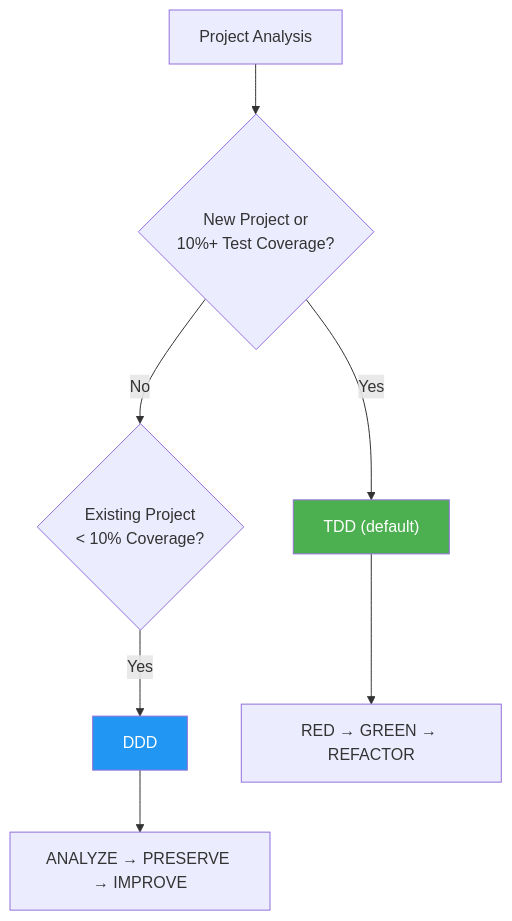
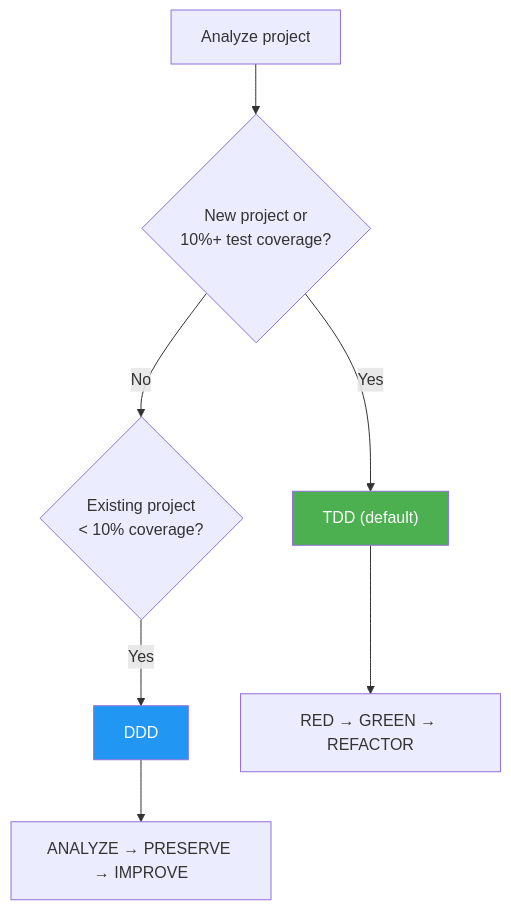
Before and after one commit to modu-ai/moai-adk: the diagram in docs-site/content/en/getting-started/faq.md, drawn with Mermaid. The commit also changed other lines of this file and 395 other files, not shown here.

````diff
--- a/docs-site/content/en/getting-started/faq.md
+++ b/docs-site/content/en/getting-started/faq.md
@@ -156,12 +176,12 @@
 ```mermaid
 flowchart TD
-    A["Project Analysis"] --> B{"New Project or<br/>10%+ Test Coverage?"}
+    A["Analyze project"] --> B{"New project or<br/>10%+ test coverage?"}
     B -->|"Yes"| C["TDD (default)"]
-    B -->|"No"| D{"Existing Project<br/>< 10% Coverage?"}
+    B -->|"No"| D{"Existing project<br/>< 10% coverage?"}
     D -->|"Yes"| E["DDD"]
     C --> F["RED → GREEN → REFACTOR"]
     E --> G["ANALYZE → PRESERVE → IMPROVE"]
 
     style C fill:#4CAF50,color:#fff
     style E fill:#2196F3,color:#fff
 ```
````
